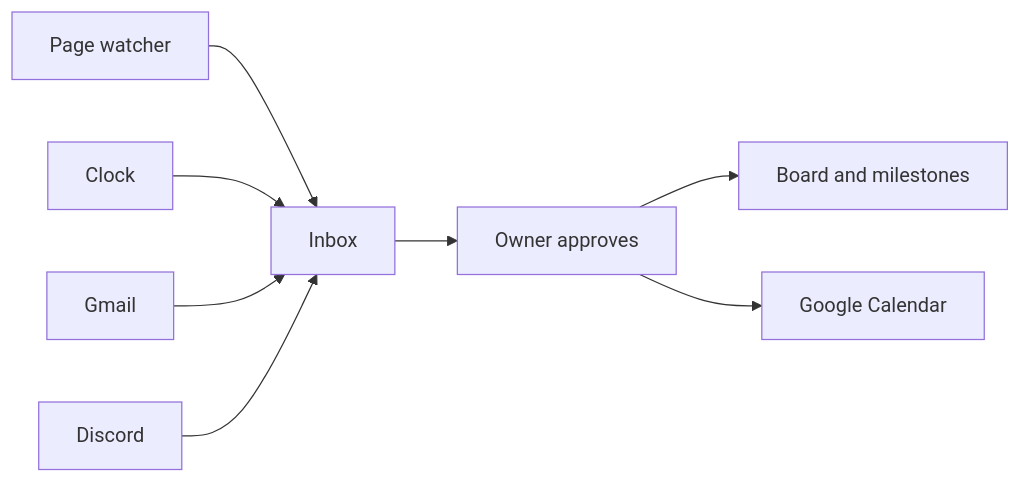
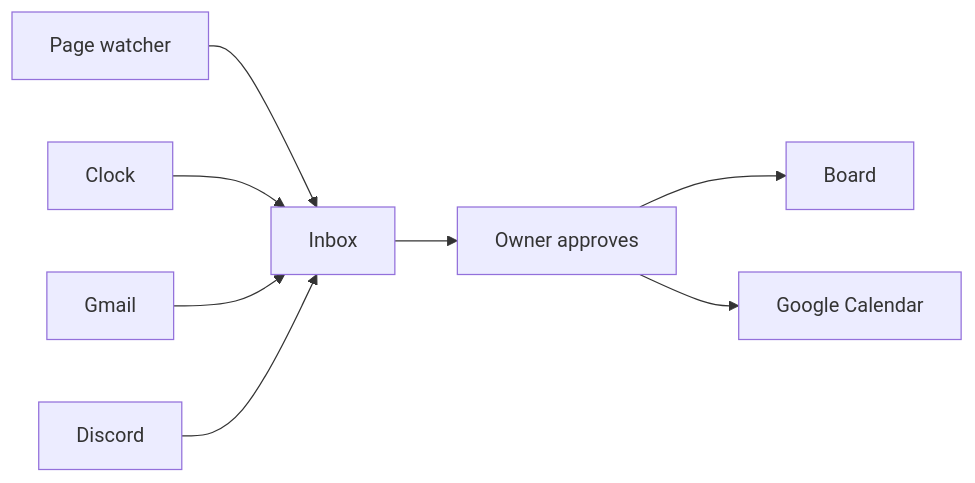
One commit to leav/expo_tracker changed the first of 3 diagrams in docs/DESIGN.md. Above: the diagram before and after it, drawn with Mermaid. The commit also changed other lines of this file, not shown here.

````diff
--- a/docs/DESIGN.md
+++ b/docs/DESIGN.md
@@ -44,18 +44,18 @@
 ```mermaid
 flowchart LR
   page[Page watcher]
   clock[Clock]
   mail[Gmail]
   discord[Discord]
   inbox[Inbox]
   owner[Owner approves]
-  board[Board and milestones]
+  board[Board]
   cal[Google Calendar]
   page --> inbox
   clock --> inbox
   mail --> inbox
   discord --> inbox
   inbox --> owner
   owner --> board
   owner --> cal
 ```
````
